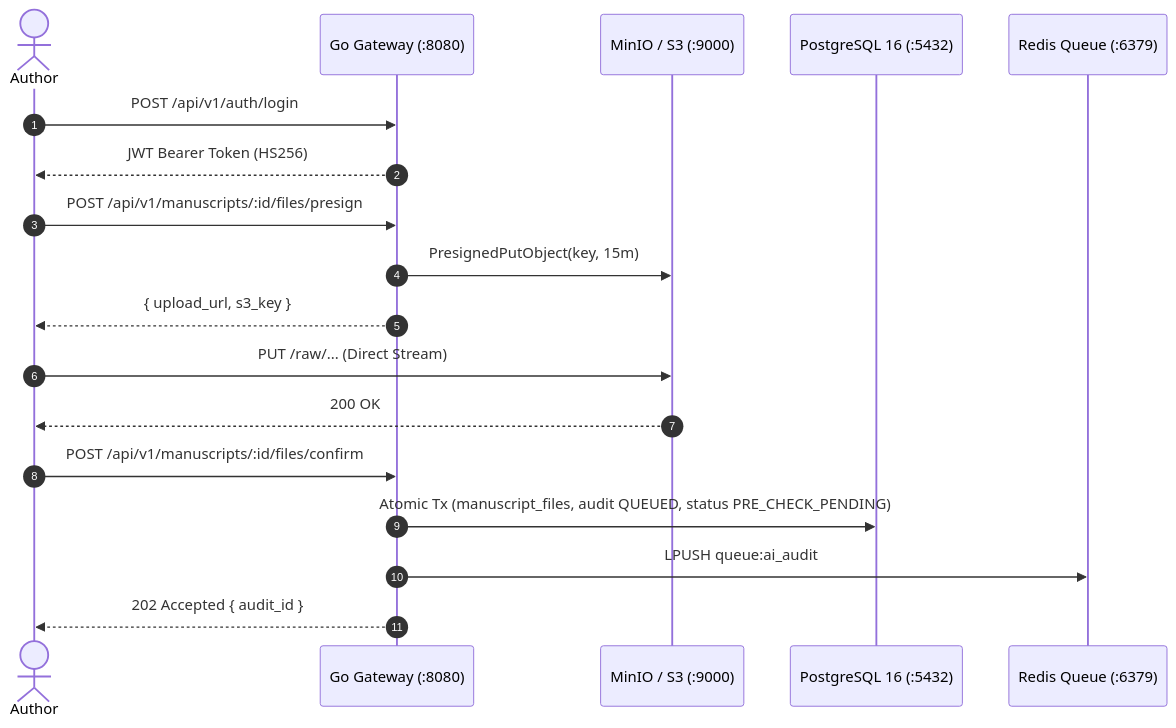
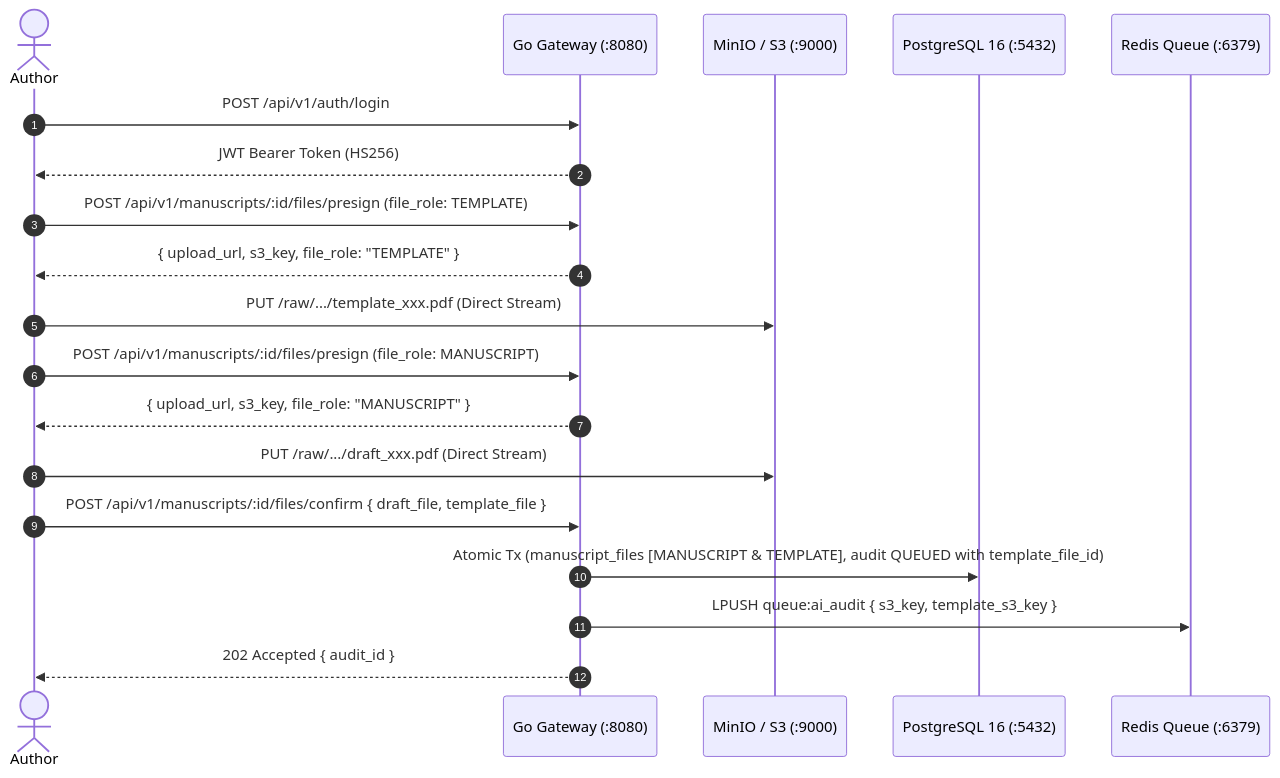
The diagram in plans/PLAN-01-ingestion-control-plane.md (ageng133/jms), drawn with Mermaid before and after one commit. The commit also changed other lines of this file and 47 other files, not shown here.

Commit message:
feat(flow): implement dual-upload flow comparing author draft against reference journal template

````diff
--- a/plans/PLAN-01-ingestion-control-plane.md
+++ b/plans/PLAN-01-ingestion-control-plane.md
@@ -19,21 +19,22 @@
 ```mermaid
 sequenceDiagram
     autonumber
     actor Author
     participant Gateway as Go Gateway (:8080)
     participant S3 as MinIO / S3 (:9000)
     participant DB as PostgreSQL 16 (:5432)
     participant Redis as Redis Queue (:6379)
 
     Author->>Gateway: POST /api/v1/auth/login
     Gateway-->>Author: JWT Bearer Token (HS256)
-    Author->>Gateway: POST /api/v1/manuscripts/:id/files/presign
-    Gateway->>S3: PresignedPutObject(key, 15m)
-    Gateway-->>Author: { upload_url, s3_key }
-    Author->>S3: PUT /raw/... (Direct Stream)
-    S3-->>Author: 200 OK
-    Author->>Gateway: POST /api/v1/manuscripts/:id/files/confirm
-    Gateway->>DB: Atomic Tx (manuscript_files, audit QUEUED, status PRE_CHECK_PENDING)
-    Gateway->>Redis: LPUSH queue:ai_audit
+    Author->>Gateway: POST /api/v1/manuscripts/:id/files/presign (file_role: TEMPLATE)
+    Gateway-->>Author: { upload_url, s3_key, file_role: "TEMPLATE" }
+    Author->>S3: PUT /raw/.../template_xxx.pdf (Direct Stream)
+    Author->>Gateway: POST /api/v1/manuscripts/:id/files/presign (file_role: MANUSCRIPT)
+    Gateway-->>Author: { upload_url, s3_key, file_role: "MANUSCRIPT" }
+    Author->>S3: PUT /raw/.../draft_xxx.pdf (Direct Stream)
+    Author->>Gateway: POST /api/v1/manuscripts/:id/files/confirm { draft_file, template_file }
+    Gateway->>DB: Atomic Tx (manuscript_files [MANUSCRIPT & TEMPLATE], audit QUEUED with template_file_id)
+    Gateway->>Redis: LPUSH queue:ai_audit { s3_key, template_s3_key }
     Gateway-->>Author: 202 Accepted { audit_id }
 ```
````
